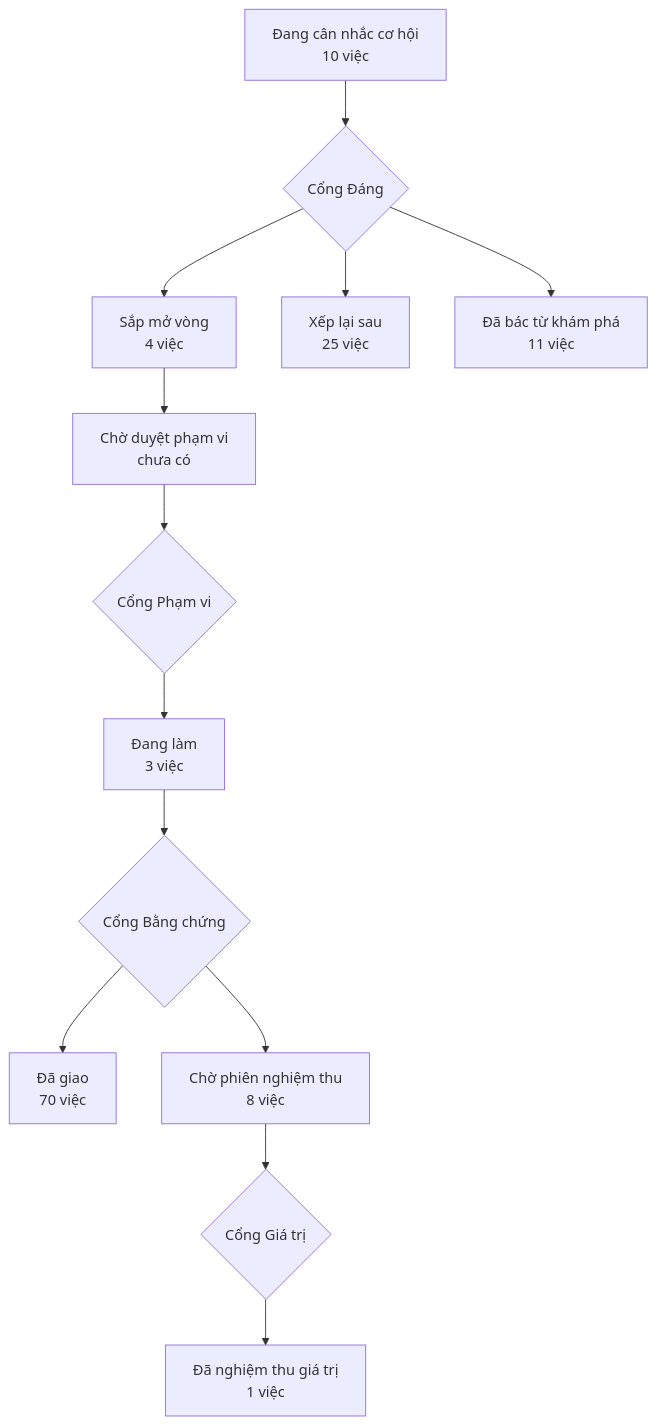
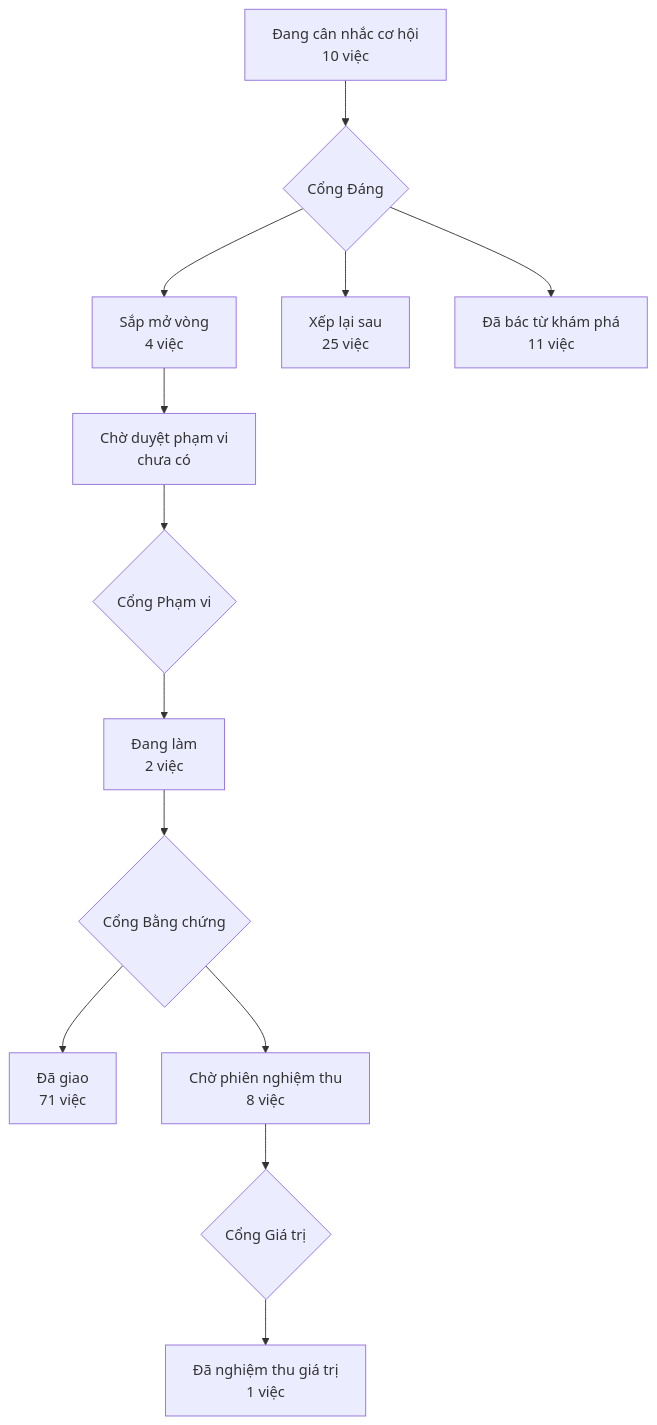
Before and after one commit to phanlemanh/acceptance-gate-kit: the diagram in PRODUCT-MAP.md, drawn with Mermaid. The commit also changed other lines of this file and 2 other files, not shown here.

Commit message:
observed: release-2-0-0 — Phan Le Manh
Reality đã chấm (ADR 0020): mốc 2.0.0 nằm trong mọi bản kit sau nó; crm đang
chạy 2.18.0 (bản dựng 41b949de). Hồ sơ rời nhóm hoá cũ, việc thước bị khoá.

````diff
--- a/PRODUCT-MAP.md
+++ b/PRODUCT-MAP.md
@@ -6,12 +6,12 @@
 ```mermaid
 flowchart TD
   A["Đang cân nhắc cơ hội<br/>10 việc"] --> GD{"Cổng Đáng"}
   GD --> B["Sắp mở vòng<br/>4 việc"]
   GD --> XL["Xếp lại sau<br/>25 việc"]
   GD --> DB["Đã bác từ khám phá<br/>11 việc"]
   B --> CD["Chờ duyệt phạm vi<br/>chưa có"] --> GP{"Cổng Phạm vi"}
-  GP --> DL["Đang làm<br/>3 việc"] --> GB{"Cổng Bằng chứng"}
-  GB --> DG["Đã giao<br/>70 việc"]
+  GP --> DL["Đang làm<br/>2 việc"] --> GB{"Cổng Bằng chứng"}
+  GB --> DG["Đã giao<br/>71 việc"]
   GB --> CN["Chờ phiên nghiệm thu<br/>8 việc"] --> GG{"Cổng Giá trị"}
   GG --> NT["Đã nghiệm thu giá trị<br/>1 việc"]
 ```
````
